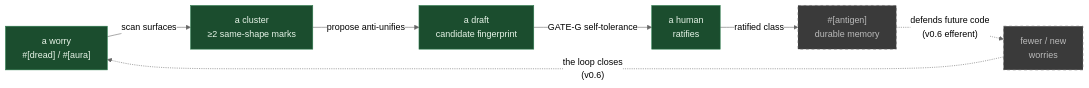
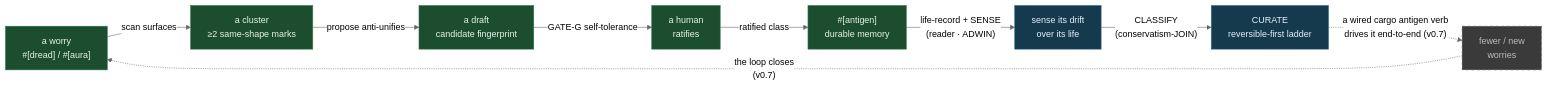
Before and after one commit to antigen-rs/antigen: the diagram in docs/the-learning-loop.md, drawn with Mermaid (neutral theme). The commit also changed other lines of this file, not shown here.

````diff
--- a/docs/the-learning-loop.md
+++ b/docs/the-learning-loop.md
@@ -161,14 +169,18 @@
 ```mermaid
 graph LR
     W["a worry<br/>#[dread] / #[aura]"] -->|scan surfaces| C["a cluster<br/>≥2 same-shape marks"]
     C -->|propose anti-unifies| D["a draft<br/>candidate fingerprint"]
     D -->|GATE-G self-tolerance| H["a human<br/>ratifies"]
     H -->|ratified class| M["#[antigen]<br/>durable memory"]
-    M -.->|"defends future code<br/>(v0.6 efferent)"| F["fewer / new<br/>worries"]
-    F -.->|"the loop closes<br/>(v0.6)"| W
+    M -->|"life-record + SENSE<br/>(reader · ADWIN)"| S["sense its drift<br/>over its life"]
+    S -->|"CLASSIFY<br/>(conservatism-JOIN)"| A["CURATE<br/>reversible-first ladder"]
+    A -.->|"a wired cargo antigen verb<br/>drives it end-to-end (v0.7)"| F["fewer / new<br/>worries"]
+    F -.->|"the loop closes<br/>(v0.7)"| W
 
     classDef live fill:#1b4d2e,stroke:#2e7d4f,color:#e8f5e9
+    classDef lib fill:#15394d,stroke:#2e6f8f,color:#e3f2fd
     classDef ahead fill:#3a3a3a,stroke:#666,color:#bbb,stroke-dasharray: 5 5
-    class W,C,D,H live
-    class M,F ahead
+    class W,C,D,H,M live
+    class S,A lib
+    class F ahead
 ```
````
